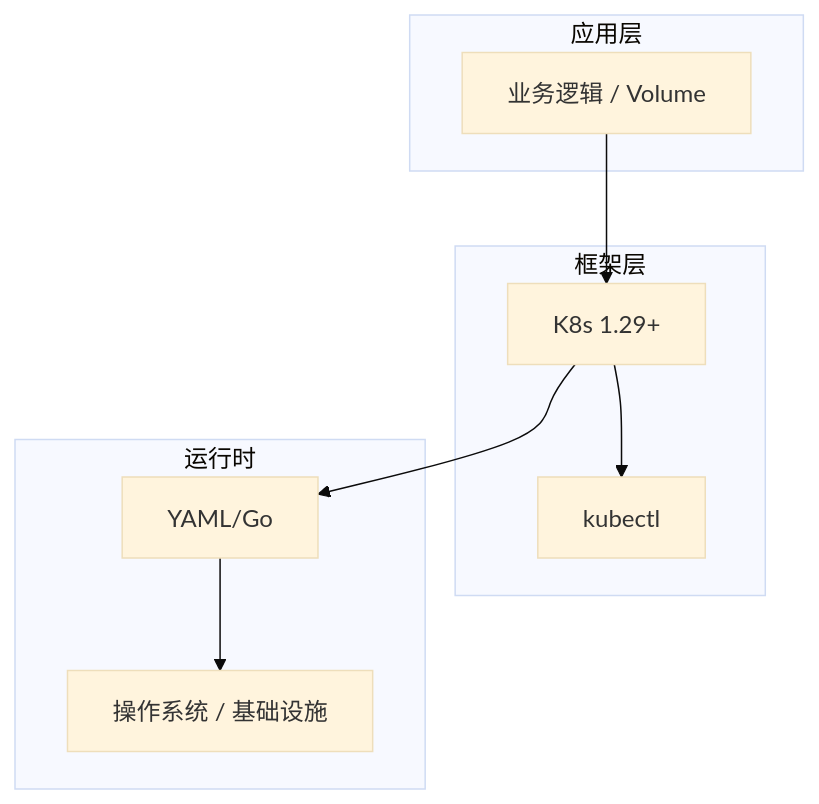
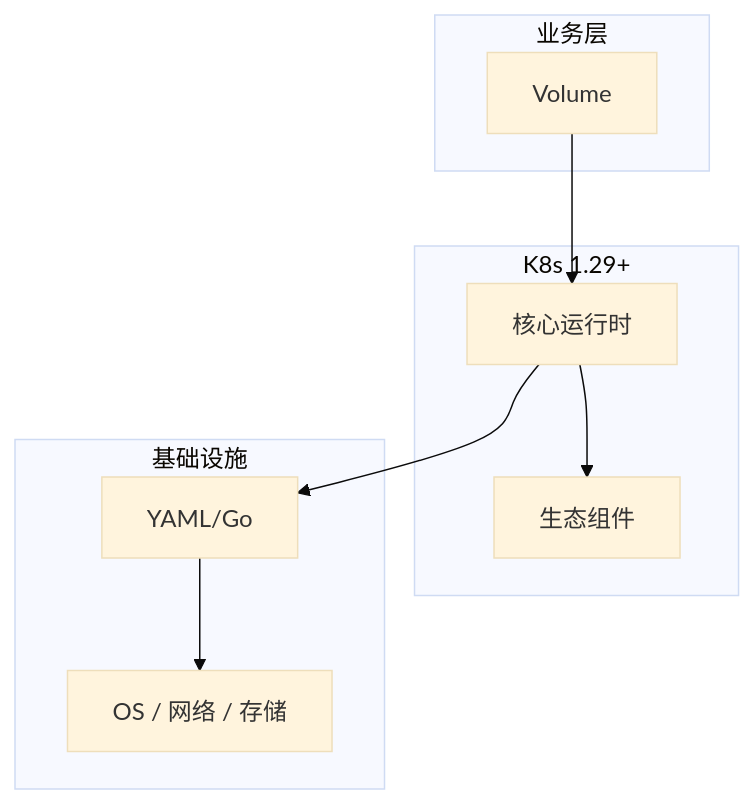
Before and after one commit to yanggan2015/knowledge-json-v2: the diagram in articles/Kubernetes/chapters/041-Volume核心概念与原理.md, drawn with Mermaid (base theme). The commit also changed other lines of this file and 10127 other files, not shown here.

````diff
--- a/articles/Kubernetes/chapters/041-Volume核心概念与原理.md
+++ b/articles/Kubernetes/chapters/041-Volume核心概念与原理.md
@@ -45,18 +34,18 @@
 ```mermaid
 graph TB
-    subgraph 应用层
-        A[业务逻辑 / Volume]
+    subgraph 业务层
+        A[Volume]
     end
-    subgraph 框架层
-        B[K8s 1.29+]
-        C[kubectl]
+    subgraph K8s 1.29+
+        B[核心运行时]
+        C[生态组件]
     end
-    subgraph 运行时
+    subgraph 基础设施
         D[YAML/Go]
-        E[操作系统 / 基础设施]
+        E[OS / 网络 / 存储]
     end
     A --> B
     B --> C
     B --> D
     D --> E
 ```
````
